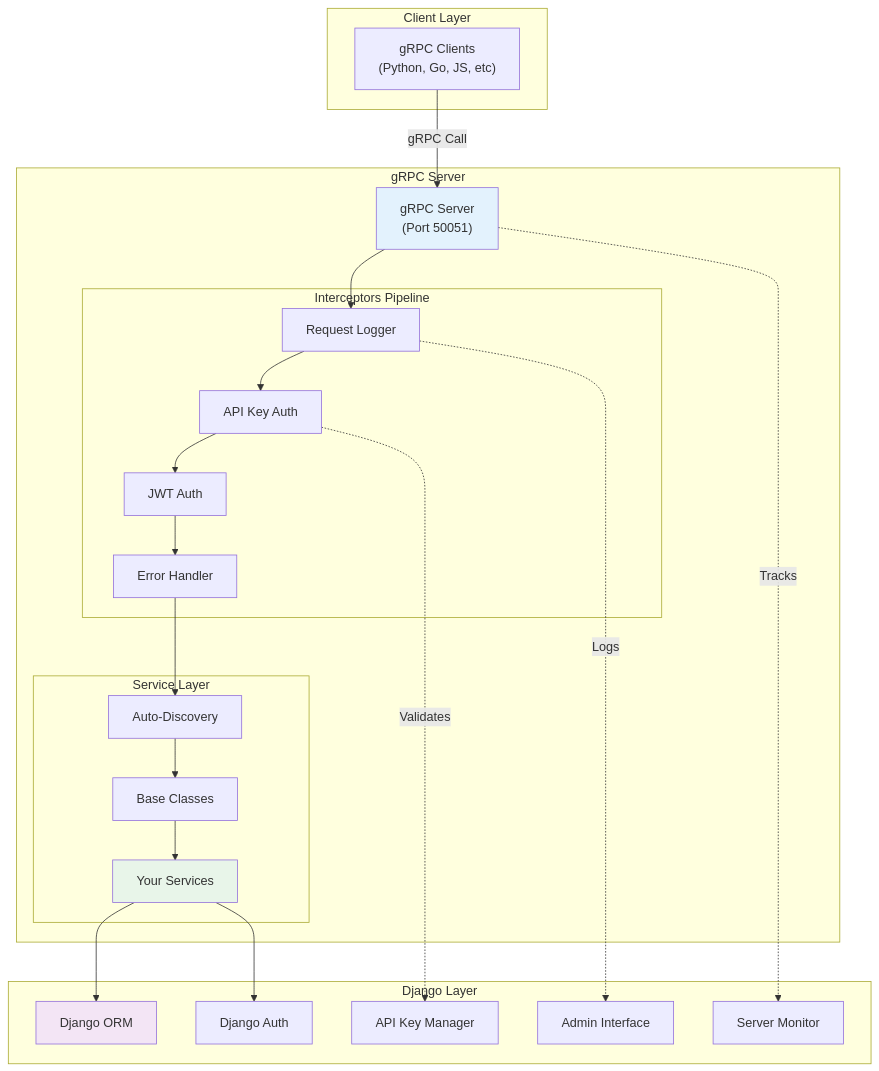
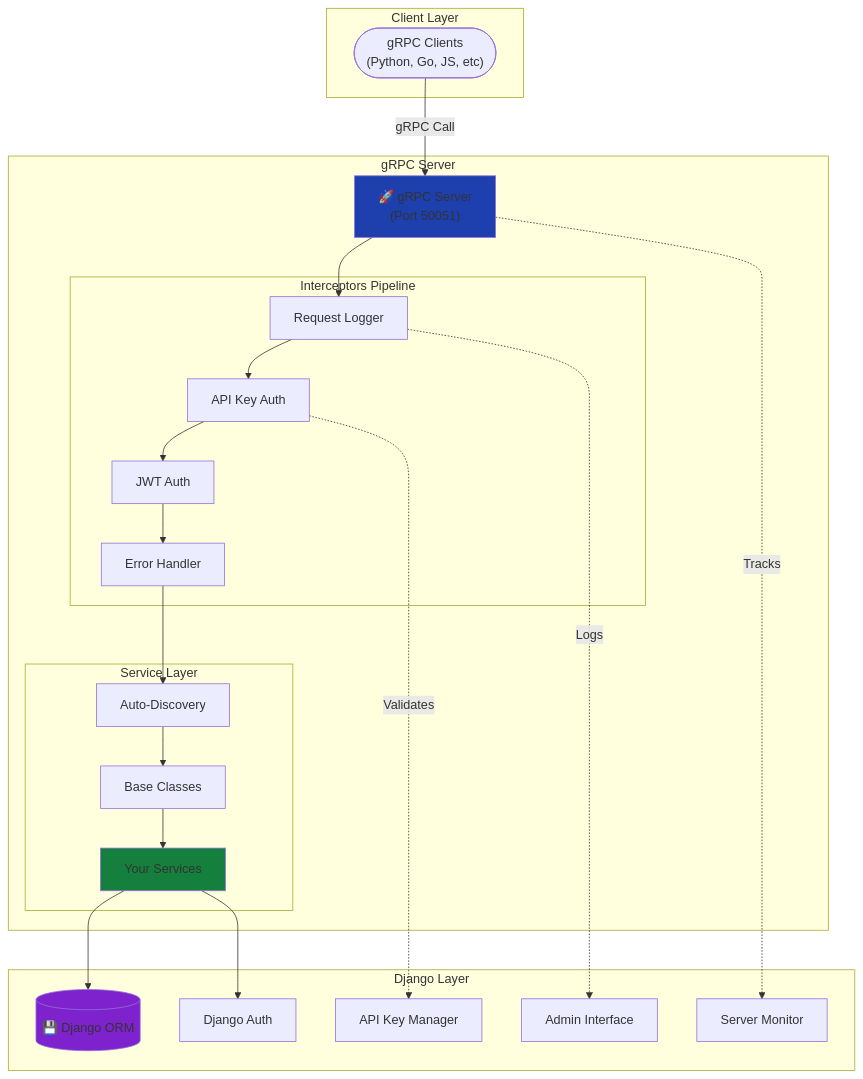
Before and after one commit to markolofsen/django-cfg: the first of 8 diagrams in docs/features/integrations/grpc/concepts.md, drawn with Mermaid. The commit also changed other lines of this file and 10 other files, not shown here.

First line of the commit message:
feat(grpc): improve gRPC server visualization and configuration

````diff
--- a/docs/features/integrations/grpc/concepts.md
+++ b/docs/features/integrations/grpc/concepts.md
@@ -18,44 +18,44 @@
 ```mermaid
 graph TB
     subgraph "Client Layer"
-        Client["gRPC Clients<br/>(Python, Go, JS, etc)"]
+        Client(["gRPC Clients<br/>(Python, Go, JS, etc)"])
     end
 
     subgraph "gRPC Server"
-        Server["gRPC Server<br/>(Port 50051)"]
+        Server["🚀 gRPC Server<br/>(Port 50051)"]
 
         subgraph "Interceptors Pipeline"
             I1["Request Logger"]
             I2["API Key Auth"]
             I3["JWT Auth"]
             I4["Error Handler"]
         end
 
         subgraph "Service Layer"
             Discovery["Auto-Discovery"]
             Base["Base Classes"]
             Services["Your Services"]
         end
     end
 
     subgraph "Django Layer"
-        ORM["Django ORM"]
+        ORM[("💾 Django ORM")]
         Auth["Django Auth"]
         Admin["Admin Interface"]
         ApiKeys["API Key Manager"]
         ServerStatus["Server Monitor"]
     end
 
     Client -->|gRPC Call| Server
     Server --> I1 --> I2 --> I3 --> I4
     I4 --> Discovery --> Base --> Services
     Services --> ORM
     Services --> Auth
     I1 -.->|Logs| Admin
     I2 -.->|Validates| ApiKeys
     Server -.->|Tracks| ServerStatus
 
-    style Server fill:#e3f2fd
-    style Services fill:#e8f5e9
-    style ORM fill:#f3e5f5
+    style Server fill:#1e40af
+    style Services fill:#15803d
+    style ORM fill:#7e22ce
 ```
````
